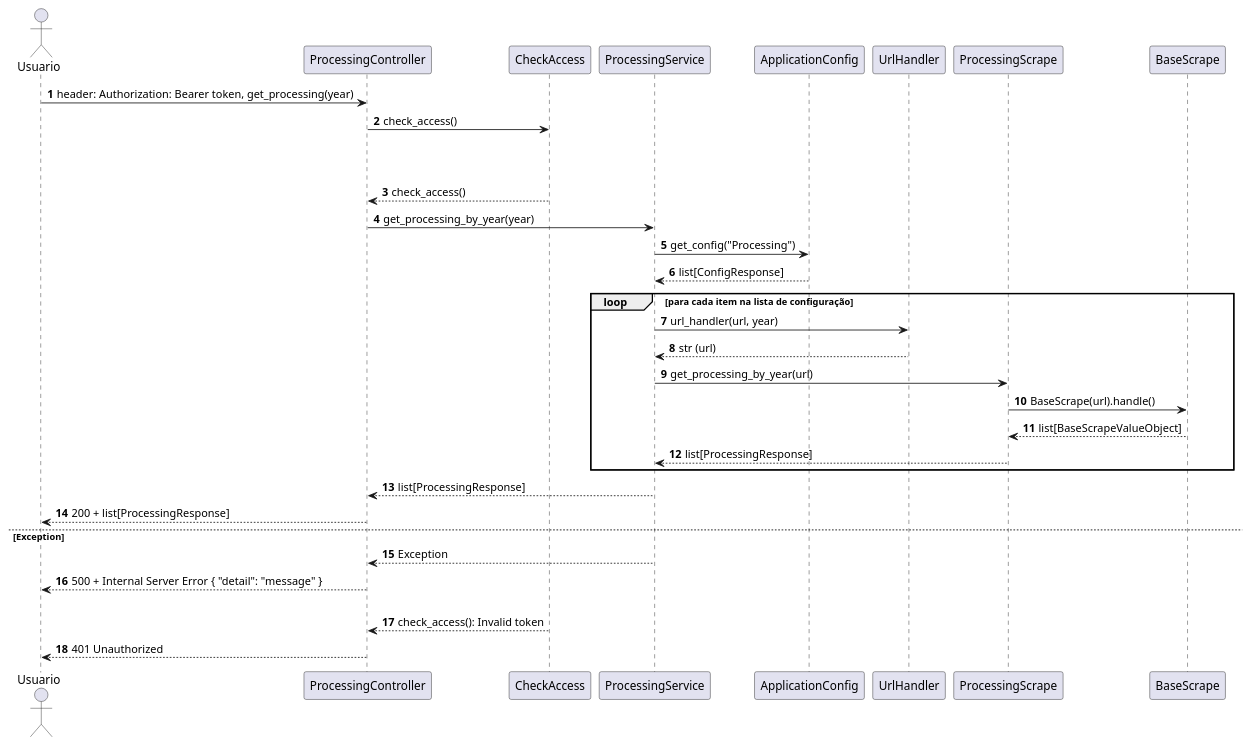
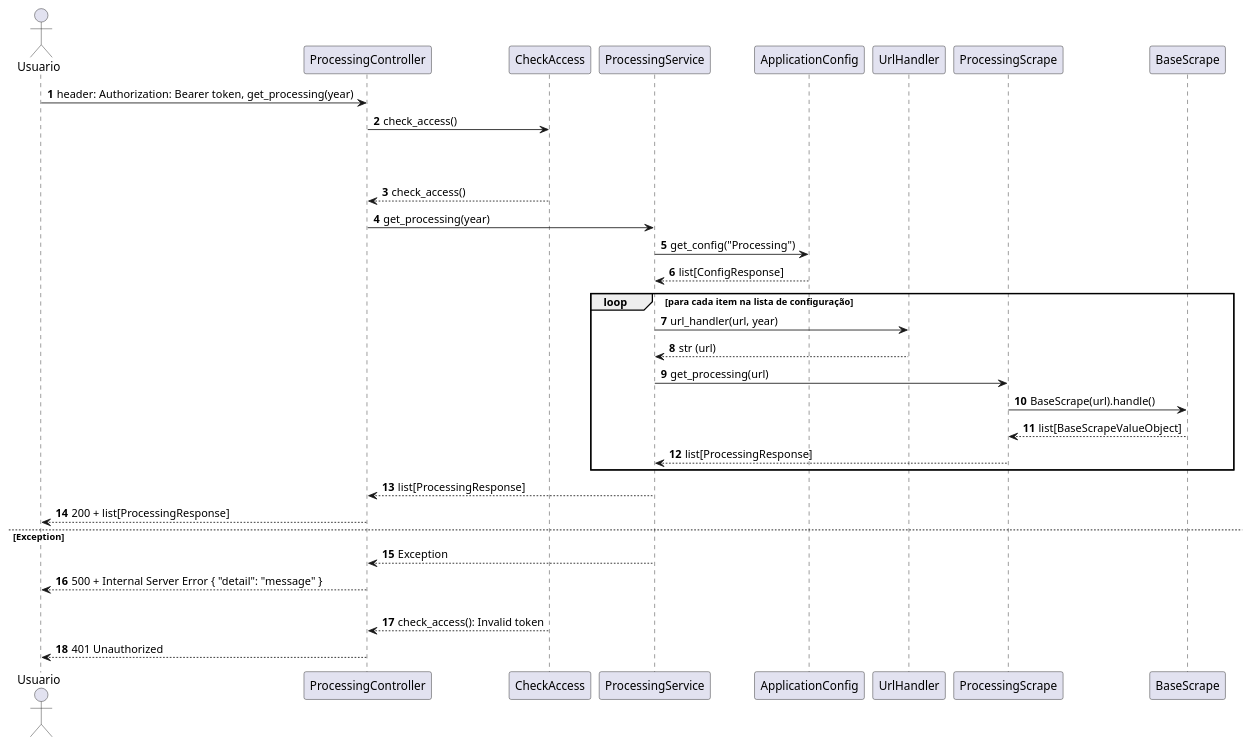
The sixth of 8 diagrams in README.md (henriquecomp/vinicultura), drawn with PlantUML before and after one commit. The commit also changed other lines of this file and 25 other files, not shown here.

```diff
--- a/README.md
+++ b/README.md
@@ -229,39 +229,39 @@
 @startuml
 autonumber
 actor Usuario
 participant "ProcessingController" as Controller
 participant "CheckAccess" as CheckAccess
 participant "ProcessingService" as Application
 participant "ApplicationConfig" as Config
 participant "UrlHandler" as UrlHandler
 participant "ProcessingScrape" as Scrape
 participant "BaseScrape" as BaseScrape
 
 'Requisição autenticada
 Usuario -> Controller: header: Authorization: Bearer token, get_processing(year) 
 Controller -> CheckAccess: check_access()
 
 alt Token Válido
     alt 
         CheckAccess --> Controller: check_access()
-        Controller -> Application: get_processing_by_year(year)
+        Controller -> Application: get_processing(year)
         Application -> Config: get_config("Processing") 
         Config --> Application: list[ConfigResponse]
         loop para cada item na lista de configuração
             Application -> UrlHandler: url_handler(url, year)
             UrlHandler --> Application: str (url)
-            Application -> Scrape: get_processing_by_year(url)
+            Application -> Scrape: get_processing(url)
             Scrape -> BaseScrape: BaseScrape(url).handle()
             BaseScrape --> Scrape: list[BaseScrapeValueObject]
             Scrape --> Application: list[ProcessingResponse]
         end
         Application --> Controller: list[ProcessingResponse]
         Controller --> Usuario: 200 + list[ProcessingResponse]
     else Exception
         Application --> Controller: Exception
         Controller --> Usuario: 500 + Internal Server Error { "detail": "message" }
 else Token Inválido
     CheckAccess --> Controller: check_access(): Invalid token
     Controller --> Usuario: 401 Unauthorized
 
 @enduml
```
